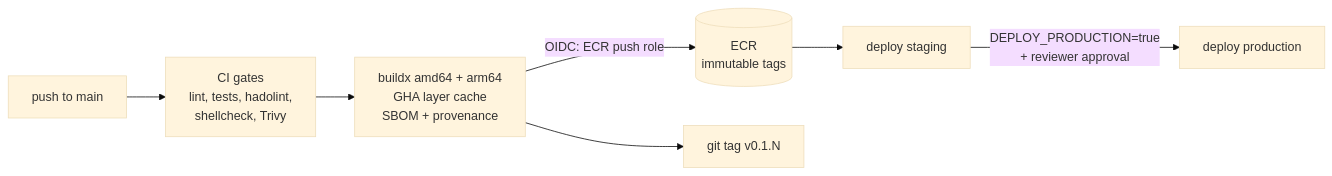
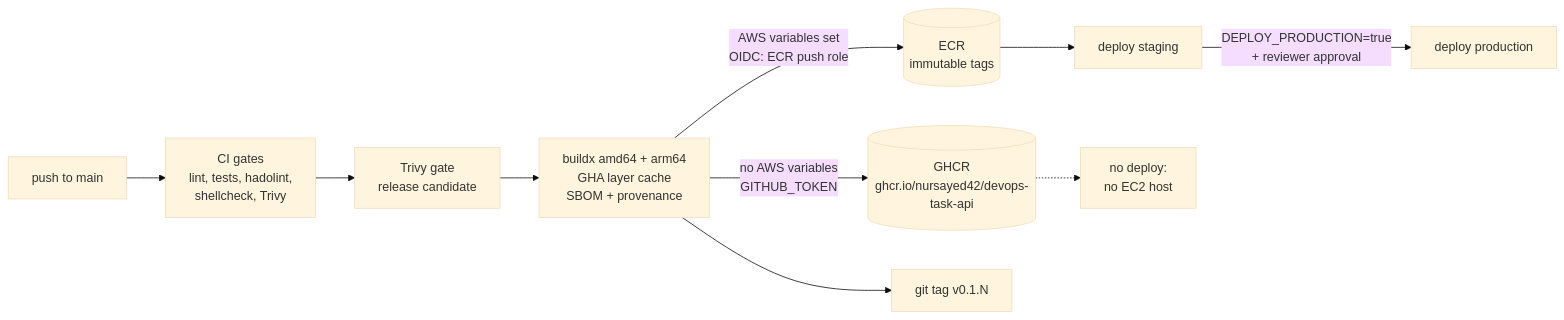
The diagram in docs/ci-cd.md (NurSayed42/devops-task), drawn with Mermaid (base theme) before and after one commit. The commit also changed other lines of this file, not shown here.

Commit message:
docs: describe the ECR and GHCR registry paths in ci-cd.md

````diff
--- a/docs/ci-cd.md
+++ b/docs/ci-cd.md
@@ -12,9 +13,12 @@
 ```mermaid
 flowchart LR
   push[push to main] --> ci[CI gates<br/>lint, tests, hadolint,<br/>shellcheck, Trivy]
-  ci --> build[buildx amd64 + arm64<br/>GHA layer cache<br/>SBOM + provenance]
-  build -->|OIDC: ECR push role| ecr[(ECR<br/>immutable tags)]
+  ci --> gate[Trivy gate<br/>release candidate]
+  gate --> build[buildx amd64 + arm64<br/>GHA layer cache<br/>SBOM + provenance]
+  build -->|"AWS variables set<br/>OIDC: ECR push role"| ecr[(ECR<br/>immutable tags)]
+  build -->|"no AWS variables<br/>GITHUB_TOKEN"| ghcr[(GHCR<br/>ghcr.io/nursayed42/devops-task-api)]
   build --> tag[git tag v0.1.N]
   ecr --> stg[deploy staging]
   stg -->|DEPLOY_PRODUCTION=true<br/>+ reviewer approval| prod[deploy production]
+  ghcr -.-> nodeploy[no deploy:<br/>no EC2 host]
 ```
````
